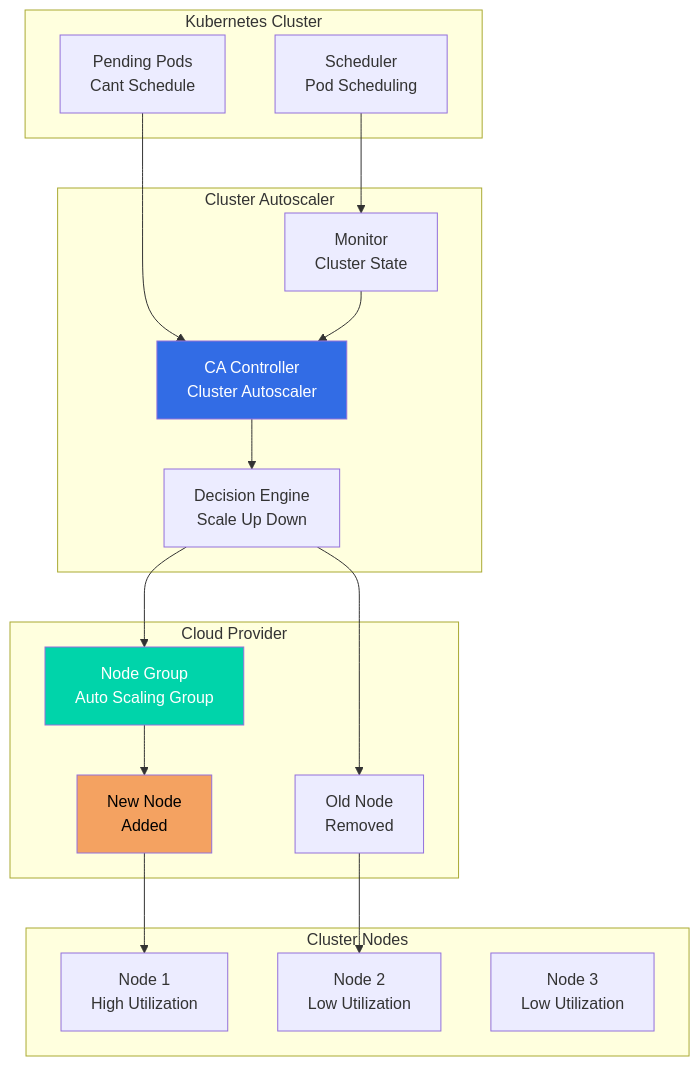
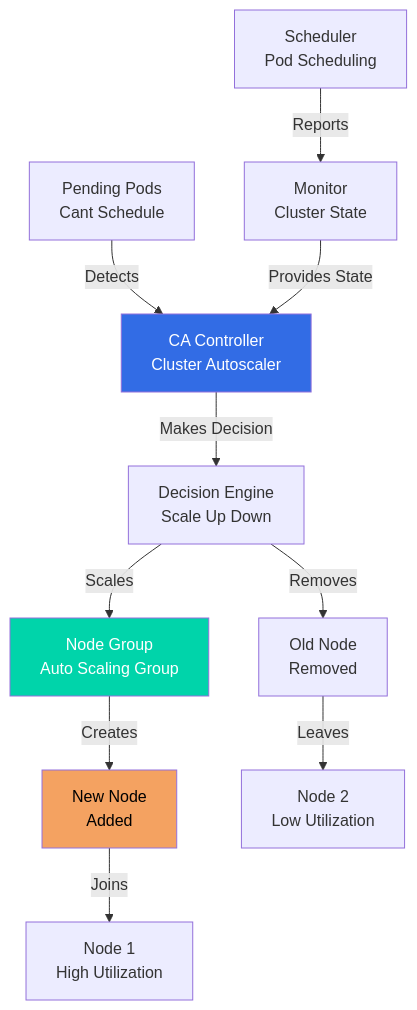
Diagram 31 of 33 in README.md (jayeshjd555/Kubernetes), drawn with Mermaid before and after one commit. The commit also changed other lines of this file, not shown here.

````diff
--- a/README.md
+++ b/README.md
@@ -11640,39 +11611,27 @@
 ```mermaid
 graph TB
-    subgraph "Kubernetes Cluster"
-        SCHED[Scheduler<br/>Pod Scheduling]
-        PENDING[Pending Pods<br/>Cant Schedule]
-    end
+    SCHED[Scheduler<br/>Pod Scheduling]
+    PENDING[Pending Pods<br/>Cant Schedule]
+    MON[Monitor<br/>Cluster State]
+    CA[CA Controller<br/>Cluster Autoscaler]
+    DEC[Decision Engine<br/>Scale Up Down]
+    NG[Node Group<br/>Auto Scaling Group]
+    NEW[New Node<br/>Added]
+    OLD[Old Node<br/>Removed]
+    NODE1[Node 1<br/>High Utilization]
+    NODE2[Node 2<br/>Low Utilization]
     
-    subgraph "Cluster Autoscaler"
-        CA[CA Controller<br/>Cluster Autoscaler]
-        MON[Monitor<br/>Cluster State]
-        DEC[Decision Engine<br/>Scale Up Down]
-    end
-    
-    subgraph "Cloud Provider"
-        NG[Node Group<br/>Auto Scaling Group]
-        NEW[New Node<br/>Added]
-        OLD[Old Node<br/>Removed]
-    end
-    
-    subgraph "Cluster Nodes"
-        NODE1[Node 1<br/>High Utilization]
-        NODE2[Node 2<br/>Low Utilization]
-        NODE3[Node 3<br/>Low Utilization]
-    end
-    
-    PENDING --> CA
-    SCHED --> MON
-    MON --> CA
-    CA --> DEC
-    DEC --> NG
-    NG --> NEW
-    DEC --> OLD
-    NEW --> NODE1
-    OLD --> NODE2
+    PENDING -->|Detects| CA
+    SCHED -->|Reports| MON
+    MON -->|Provides State| CA
+    CA -->|Makes Decision| DEC
+    DEC -->|Scales| NG
+    NG -->|Creates| NEW
+    DEC -->|Removes| OLD
+    NEW -->|Joins| NODE1
+    OLD -->|Leaves| NODE2
     
     style CA fill:#326ce5,color:#fff
     style NG fill:#00d4aa,color:#fff
     style NEW fill:#f4a261,color:#000
 ```
````
